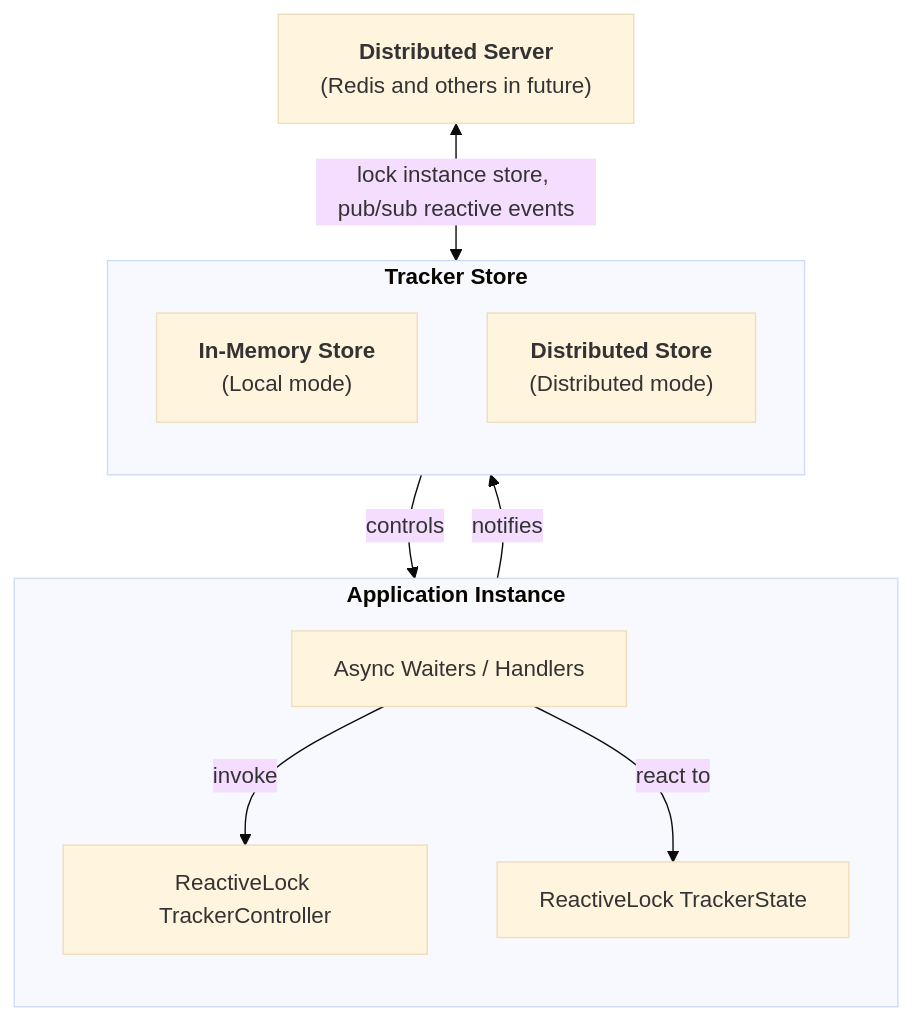
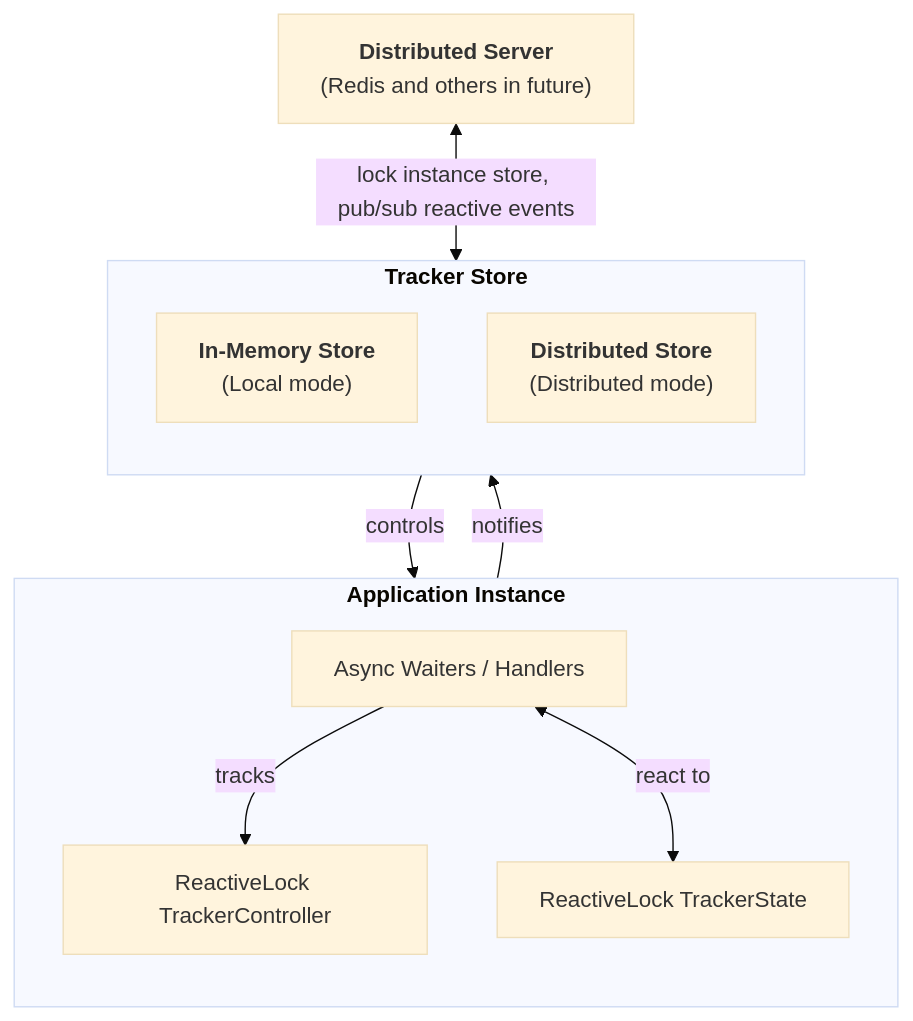
The diagram in README.md (micheloliveira-com/ReactiveLock), drawn with Mermaid (base theme) before and after one commit.

Commit message:
feature: improve readme diagram

````diff
--- a/README.md
+++ b/README.md
@@ -79,24 +79,24 @@
 ```mermaid
 flowchart TB
   subgraph Application["<b>Application Instance</b>"]
     direction TB
     TrackerController[ReactiveLock TrackerController]
     TrackerState[ReactiveLock TrackerState]
     AsyncWaiters[Async Waiters / Handlers]
   end
 
   subgraph TrackerStore["<b>Tracker Store</b>"]
     direction TB
     InMemory["<b>In-Memory Store</b><br/>(Local mode)"]
     RedisStore["<b>Distributed Store</b><br/>(Distributed mode)"]
   end
 
   RedisServer["<b>Distributed Server</b><br/>(Redis and others in future)"]
 
-  AsyncWaiters -->|react to| TrackerState
-  AsyncWaiters -->|invoke| TrackerController
+  AsyncWaiters <-->|react to| TrackerState
+  AsyncWaiters -->|tracks| TrackerController
   TrackerStore -->|controls| TrackerState
   TrackerController -->|notifies| TrackerStore
   RedisServer <-->|lock instance store, pub/sub reactive events| RedisStore
 
 ```
````
